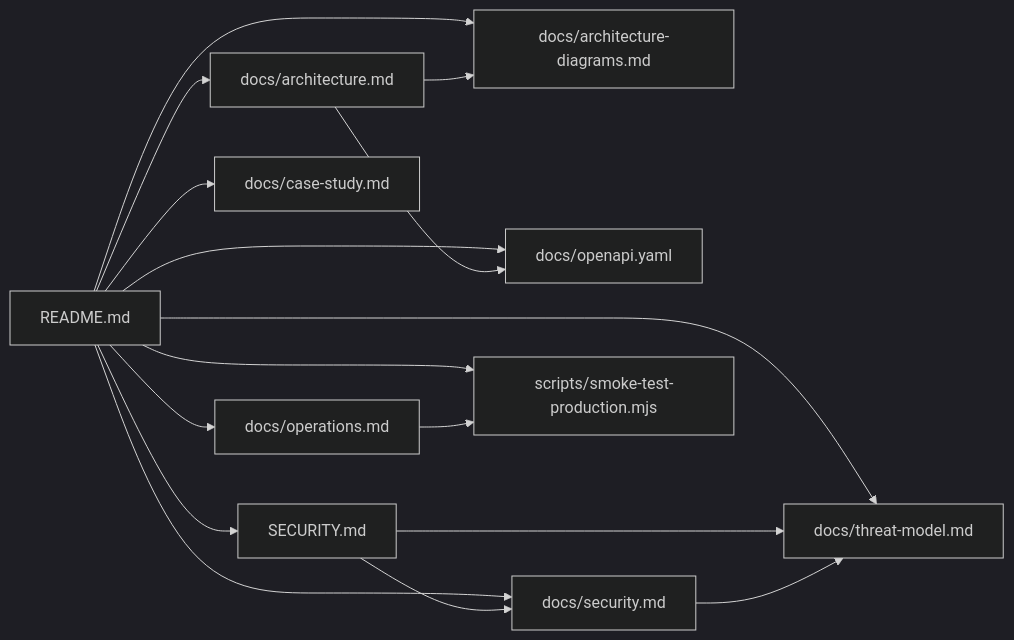
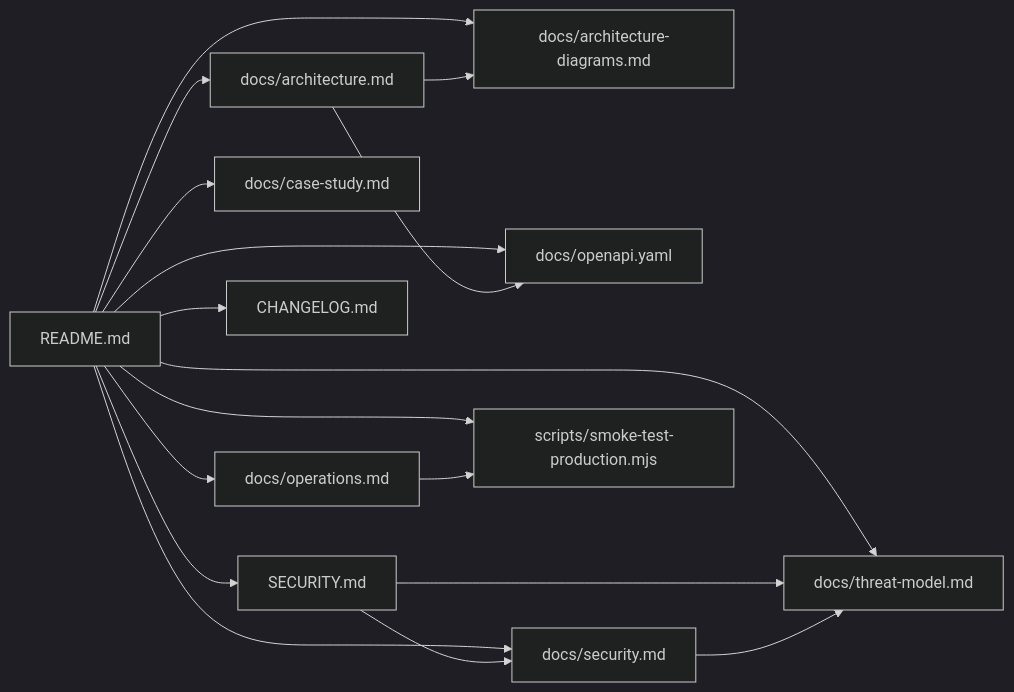
One commit to BlockShield-Systems/swiss-market-dashboard changed diagram 12 of 12 in docs/architecture-diagrams.md. Above: the diagram before and after it, drawn with Mermaid (dark theme). The commit also changed other lines of this file and 2 other files, not shown here.

Commit message:
Add project changelog

````diff
--- a/docs/architecture-diagrams.md
+++ b/docs/architecture-diagrams.md
@@ -479,30 +479,32 @@
 ```mermaid
 flowchart LR
   Readme["README.md"]
   SecurityPolicy["SECURITY.md"]
   Architecture["docs/architecture.md"]
   Diagrams["docs/architecture-diagrams.md"]
   CaseStudy["docs/case-study.md"]
   OpenApi["docs/openapi.yaml"]
   Operations["docs/operations.md"]
   Security["docs/security.md"]
   ThreatModel["docs/threat-model.md"]
+  Changelog["CHANGELOG.md"]
   Smoke["scripts/smoke-test-production.mjs"]
 
   Readme --> SecurityPolicy
   Readme --> Architecture
   Readme --> Diagrams
   Readme --> CaseStudy
   Readme --> OpenApi
   Readme --> Operations
   Readme --> Security
   Readme --> ThreatModel
   Readme --> Smoke
+  Readme --> Changelog
 
   Architecture --> Diagrams
   Architecture --> OpenApi
   SecurityPolicy --> Security
   SecurityPolicy --> ThreatModel
   Security --> ThreatModel
   Operations --> Smoke
 ```
````
